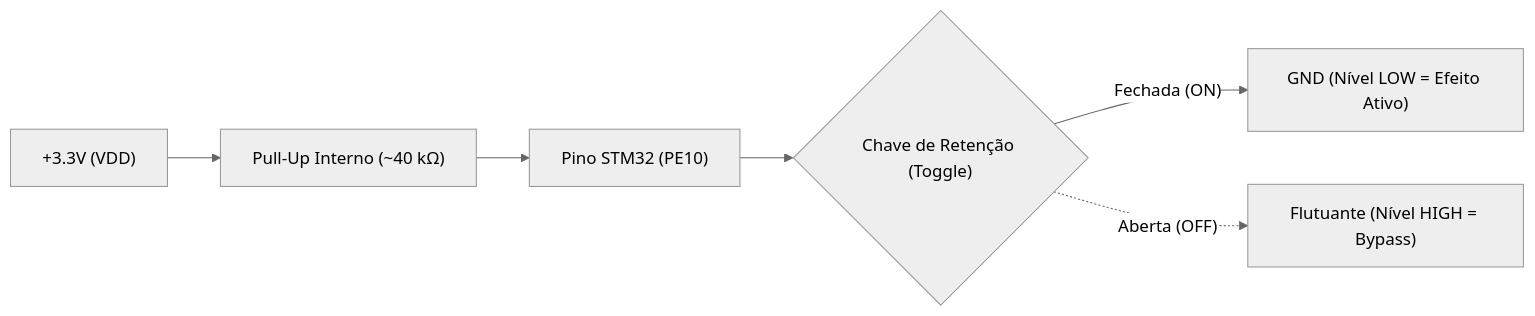
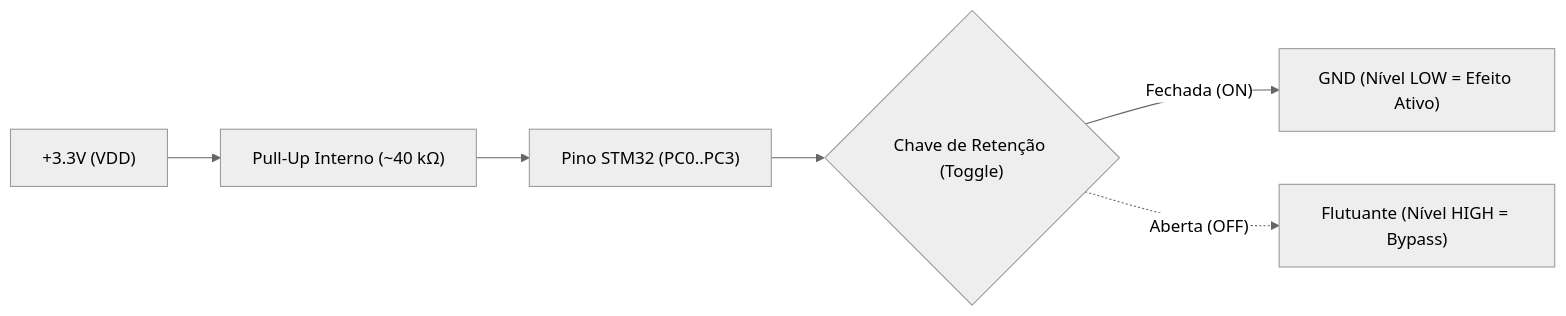
The second of 5 diagrams in docs/hardware/pinout_e_bom.md (Rodriguesmath/Pedaleira-digital), drawn with Mermaid (neutral theme) before and after one commit. The commit also changed other lines of this file and 4 other files, not shown here.

````diff
--- a/docs/hardware/pinout_e_bom.md
+++ b/docs/hardware/pinout_e_bom.md
@@ -118,8 +118,8 @@
 ```mermaid
 flowchart LR
     VCC["+3.3V (VDD)"] --> R_PULL["Pull-Up Interno (~40 kΩ)"]
-    R_PULL --> NODE["Pino STM32 (PE10)"]
+    R_PULL --> NODE["Pino STM32 (PC0..PC3)"]
     NODE --> SW{"Chave de Retenção (Toggle)"}
     SW -->|"Fechada (ON)"| GND1["GND (Nível LOW = Efeito Ativo)"]
     SW -.->|"Aberta (OFF)"| NC["Flutuante (Nível HIGH = Bypass)"]
 ```
````
